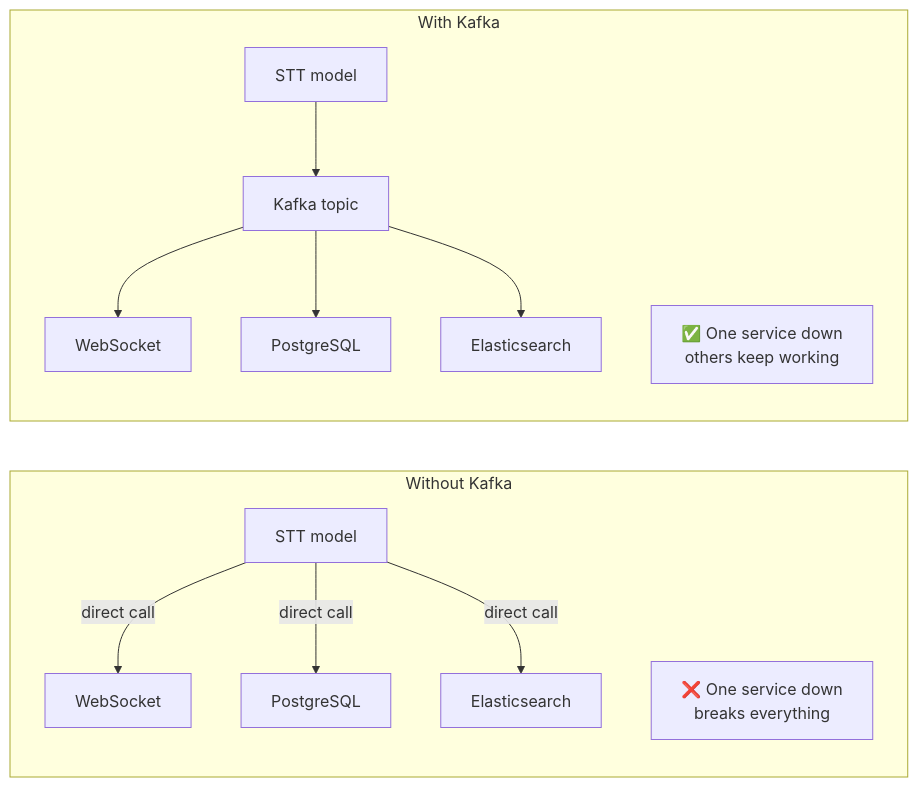
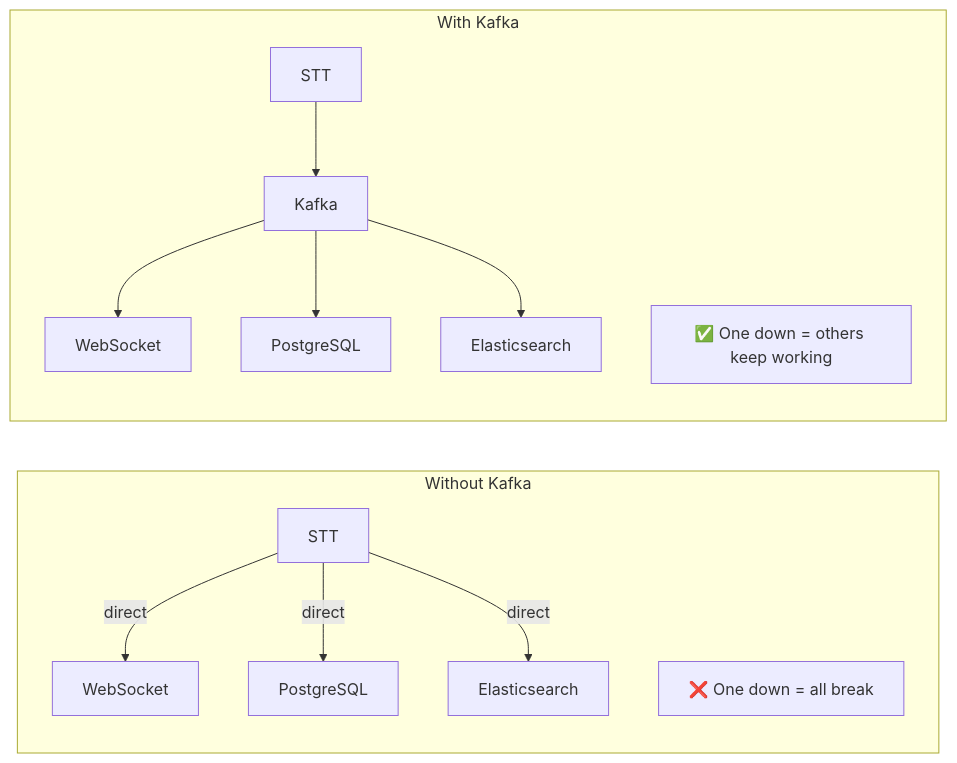
One commit to Nityaa2396/system-design-bootcamp changed the third of 3 diagrams in docs/case-studies/otter-ai-design.md. Above: the diagram before and after it, drawn with Mermaid. The commit also changed other lines of this file, not shown here.

````diff
--- a/docs/case-studies/otter-ai-design.md
+++ b/docs/case-studies/otter-ai-design.md
@@ -273,17 +354,17 @@
 ```mermaid
 flowchart LR
     subgraph Without Kafka
-        A1[STT model] -->|direct call| B1[WebSocket]
-        A1 -->|direct call| C1[PostgreSQL]
-        A1 -->|direct call| D1[Elasticsearch]
-        E1[❌ One service down\nbreaks everything]
+        A1[STT] -->|direct| B1[WebSocket]
+        A1 -->|direct| C1[PostgreSQL]
+        A1 -->|direct| D1[Elasticsearch]
+        E1[❌ One down = all break]
     end
 
     subgraph With Kafka
-        A2[STT model] --> K[Kafka topic]
+        A2[STT] --> K[Kafka]
         K --> B2[WebSocket]
         K --> C2[PostgreSQL]
         K --> D2[Elasticsearch]
-        E2[✅ One service down\nothers keep working]
+        E2[✅ One down = others keep working]
     end
 ```
````
